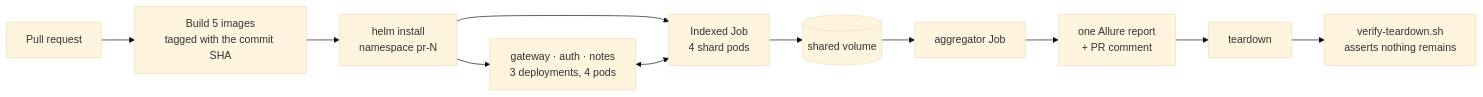
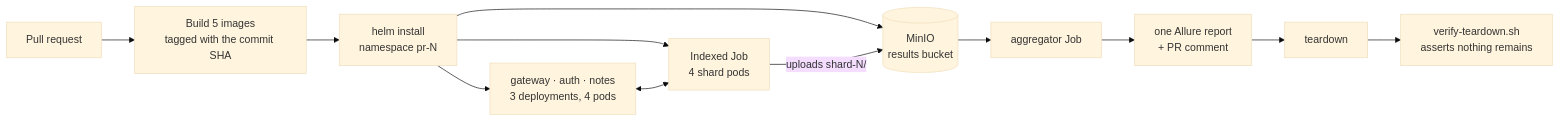
Before and after one commit to AKogut/ephemeral-k8s-test-envs: the diagram in README.md, drawn with Mermaid (base theme). The commit also changed other lines of this file and 6 other files, not shown here.

````diff
--- a/README.md
+++ b/README.md
@@ -42,13 +42,14 @@
 ```mermaid
 flowchart LR
     PR[Pull request] --> B[Build 5 images<br/>tagged with the commit SHA]
     B --> D[helm install<br/>namespace pr-N]
     D --> E[gateway · auth · notes<br/>3 deployments, 4 pods]
     D --> S[Indexed Job<br/>4 shard pods]
+    D --> M[(MinIO<br/>results bucket)]
     E <--> S
-    S --> V[(shared volume)]
-    V --> A[aggregator Job]
+    S -->|uploads shard-N/| M
+    M --> A[aggregator Job]
     A --> R[one Allure report<br/>+ PR comment]
     R --> T[teardown]
     T --> P[verify-teardown.sh<br/>asserts nothing remains]
 ```
````
